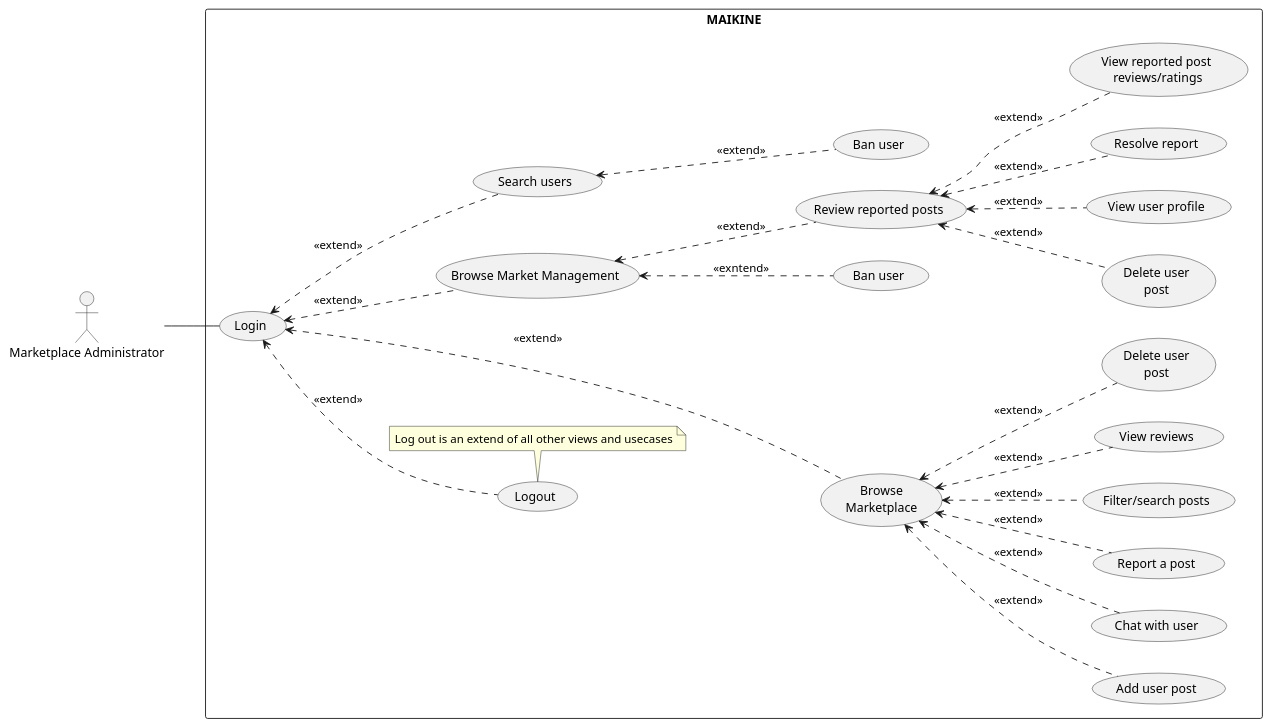
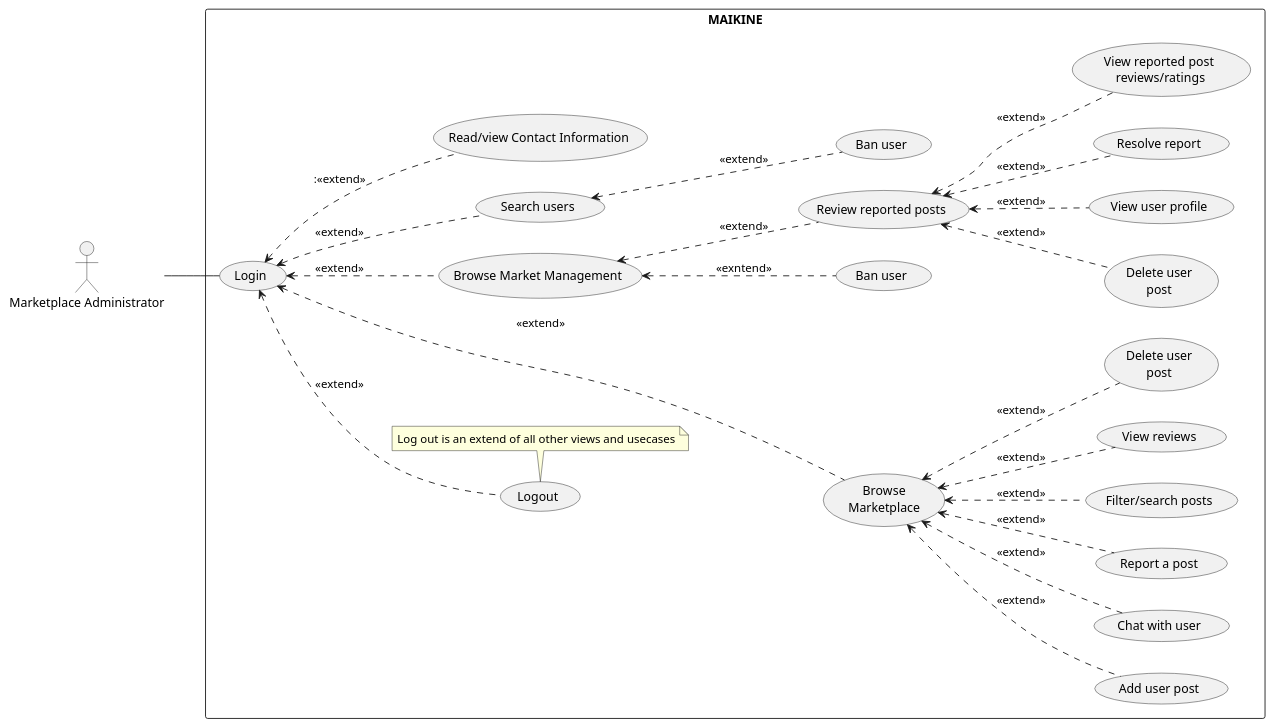
One commit to JanPerez35/PlantUML changed the diagram in usecaseDiagrams/Marketplace_Administrator_Diagram.puml. Above: the diagram before and after it, drawn with PlantUML. The commit also changed 5 other files, not shown here.

Commit message:
updated diagrams

```diff
--- a/usecaseDiagrams/Marketplace_Administrator_Diagram.puml
+++ b/usecaseDiagrams/Marketplace_Administrator_Diagram.puml
@@ -1,64 +1,66 @@
 @startuml
 left to right direction
 skinparam packageStyle rectangle
 
 actor "Marketplace Administrator" as MarketplaceAdmin
 
 rectangle MAIKINE {
 
   usecase "Login" as UC_Login
   usecase "Logout" as UC_Logout
 
   usecase "Browse\nMarketplace" as UC_Browse
   usecase "Browse Market Management" as UC_Mana
   usecase "Search users" as UC_SearchUsers
   usecase "Add user post" as UC_AddListing
   usecase "Delete user\npost" as UC_DeleteUserListing
   usecase "Chat with user" as UC_Chat
   usecase "Report a post" as UC_Report
   usecase "Ban user" as UC_BanUser
   usecase "Ban user" as UC_BanUserFromSearch
   usecase "Review reported posts" as UC_View
   usecase "Filter/search posts" as UC_Filter
   usecase "View user profile" as UC_ViewProfile
   usecase "View reviews" as UC_ViewReview
   usecase "Resolve report" as UC_Resolve
   usecase "View reported post\n reviews/ratings" as UC_Research
   usecase "Delete user\npost" as UC_DeleteUserPost
+  usecase "Read/view Contact Information" as UC_ReadContact
   
 
   note bottom of (UC_Logout)
   Log out is an extend of all other views and usecases
   end note
 }
 
 MarketplaceAdmin -- UC_Login
 UC_Login <.. UC_Logout :<<extend>>
 UC_Login <.. UC_Browse :<<extend>>
 UC_Login <.. UC_Mana :<<extend>>
 UC_Login <.. UC_SearchUsers :<<extend>>
+UC_Login <.. UC_ReadContact ::<<extend>>
 
 UC_SearchUsers<.. UC_BanUserFromSearch :<<extend>>
 
 UC_Mana <.. UC_View :<<extend>>
 UC_Mana <.. UC_BanUser :<<exntend>>
 
 UC_View <.. UC_ViewProfile :<<extend>>
 UC_View <..UC_Resolve:<<extend>>
 UC_View <.. UC_DeleteUserListing :<<extend>>
 UC_View <.. UC_Research : <<extend>>
 
 
 UC_Browse <.. UC_Chat :<<extend>>
 
 UC_Browse <.. UC_Filter :<<extend>>
 UC_Browse <.. UC_AddListing :<<extend>>
 UC_Browse <.. UC_ViewReview :<<extend>>
 UC_Browse <.. UC_Report :<<extend>>
 UC_Browse <.. UC_DeleteUserPost :<<extend>>
 
 UC_Logout -down[hidden]-> UC_Browse
 
 
 
 @enduml
```
